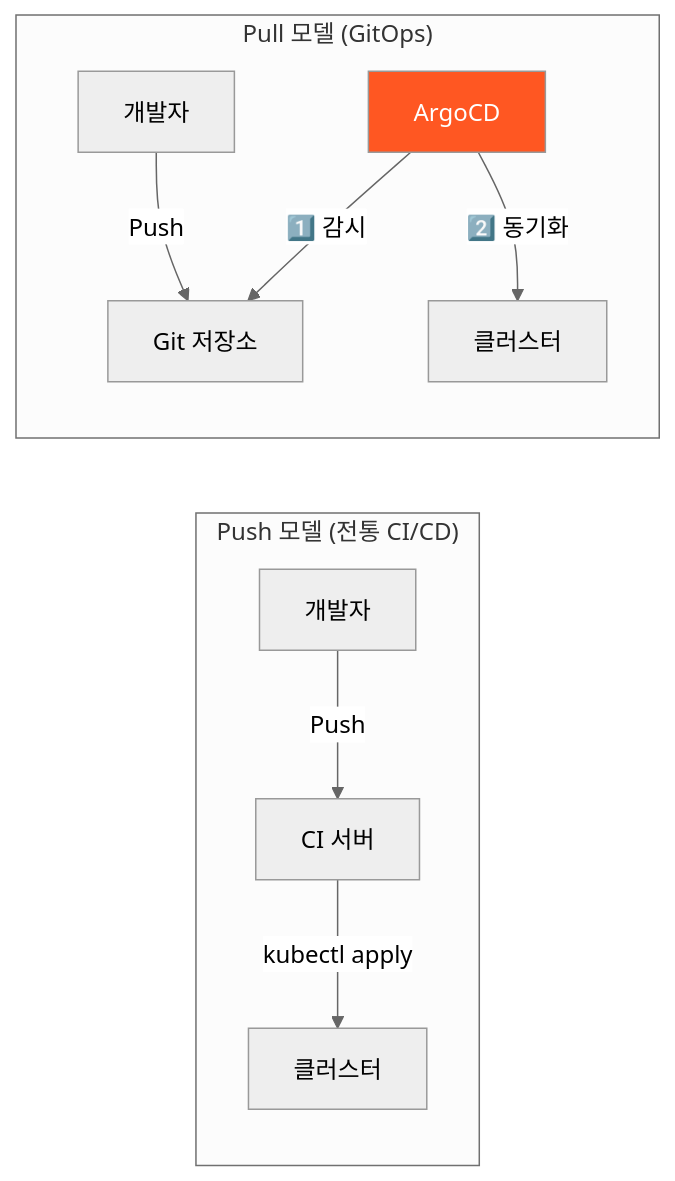
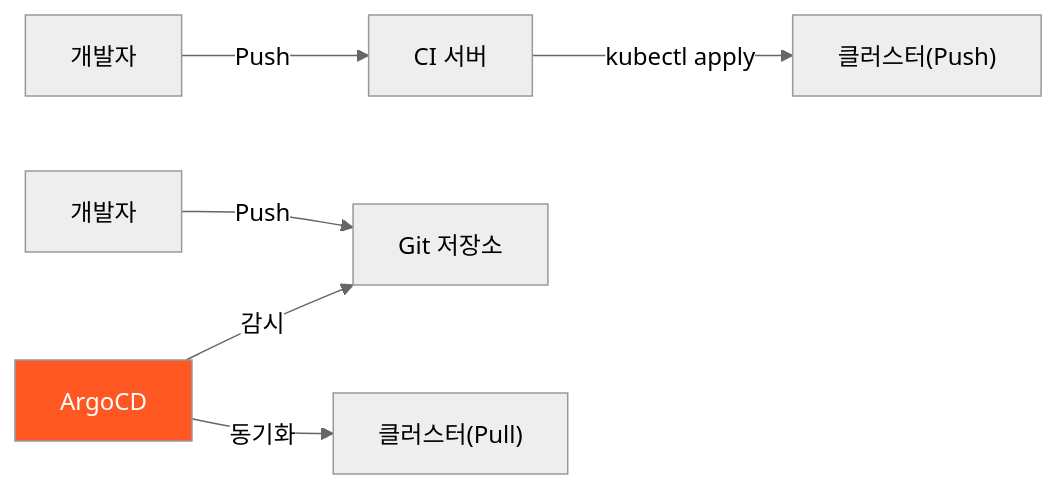
One commit to yjkim2015/yjkim2015.github.io changed the second of 7 diagrams in _posts/cicd/2026-05-03-gitops-argocd.md. Above: the diagram before and after it, drawn with Mermaid (neutral theme). The commit also changed other lines of this file and 155 other files, not shown here.

First line of the commit message:
Mermaid 전면 수정: subgraph 제거, participant/노드/줄수 축소 (342블록)

````diff
--- a/_posts/cicd/2026-05-03-gitops-argocd.md
+++ b/_posts/cicd/2026-05-03-gitops-argocd.md
@@ -65,13 +61,9 @@
 ```mermaid
 graph LR
-    subgraph "Push 모델 (전통 CI/CD)"
-        DEV1["개발자"] -->|"Push"| CI1["CI 서버"]
-        CI1 -->|"kubectl apply"| K8S1["클러스터"]
-    end
-    subgraph "Pull 모델 (GitOps)"
-        DEV2["개발자"] -->|"Push"| GIT["Git 저장소"]
-        AGENT["ArgoCD"] -->|"1️⃣ 감시"| GIT
-        AGENT -->|"2️⃣ 동기화"| K8S2["클러스터"]
-    end
+    DEV1["개발자"] -->|"Push"| CI1["CI 서버"]
+    CI1 -->|"kubectl apply"| K8S1["클러스터(Push)"]
+    DEV2["개발자"] -->|"Push"| GIT["Git 저장소"]
+    AGENT["ArgoCD"] -->|"감시"| GIT
+    AGENT -->|"동기화"| K8S2["클러스터(Pull)"]
     style AGENT fill:#FF5722,color:#fff
 ```
````
